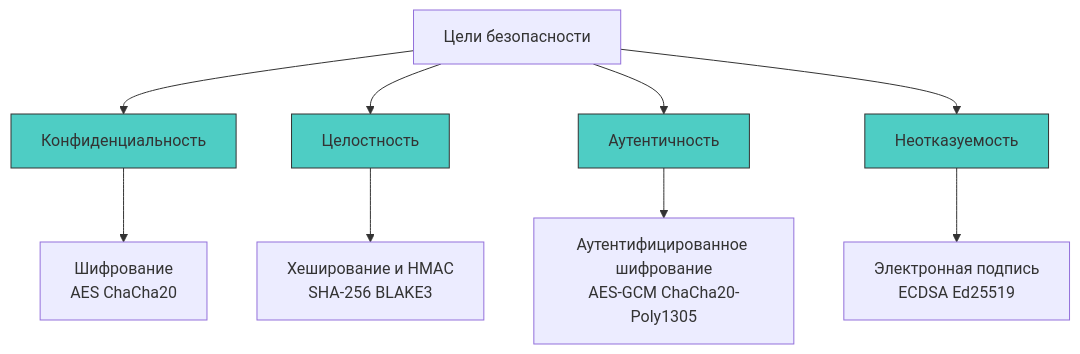
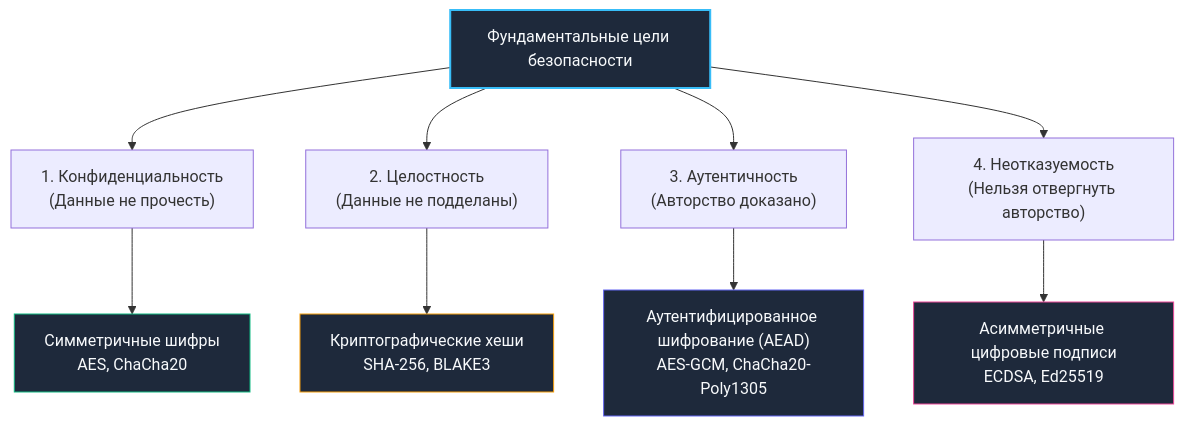
One commit to UnrealTemplier/go-textbook changed the diagram in sources/17. Безопасность (AppSec в Go)/03. Криптография/1. Основы криптографии для backend.md. Above: the diagram before and after it, drawn with Mermaid. The commit also changed other lines of this file, not shown here.

````diff
--- a/sources/17. Безопасность (AppSec в Go)/03. Криптография/1. Основы криптографии для backend.md
+++ b/sources/17. Безопасность (AppSec в Go)/03. Криптография/1. Основы криптографии для backend.md
@@ -7,17 +17,20 @@
 ```mermaid
 flowchart TD
-    A["Цели безопасности"] --> B["Конфиденциальность"]
-    A --> C["Целостность"]
-    A --> D["Аутентичность"]
-    A --> E["Неотказуемость"]
+    Security["Фундаментальные цели безопасности"]
     
-    B --> F["Шифрование<br>AES ChaCha20"]
-    C --> G["Хеширование и HMAC<br>SHA-256 BLAKE3"]
-    D --> H["Аутентифицированное шифрование<br>AES-GCM ChaCha20-Poly1305"]
-    E --> I["Электронная подпись<br>ECDSA Ed25519"]
-    
-    style B fill:#4ecdc4,stroke:#333
-    style C fill:#4ecdc4,stroke:#333
-    style D fill:#4ecdc4,stroke:#333
-    style E fill:#4ecdc4,stroke:#333
+    Security --> C["1. Конфиденциальность<br/>(Данные не прочесть)"]
+    Security --> I["2. Целостность<br/>(Данные не подделаны)"]
+    Security --> A["3. Аутентичность<br/>(Авторство доказано)"]
+    Security --> N["4. Неотказуемость<br/>(Нельзя отвергнуть авторство)"]
+
+    C --> C_impl["Симметричные шифры<br/>AES, ChaCha20"]
+    I --> I_impl["Криптографические хеши<br/>SHA-256, BLAKE3"]
+    A --> A_impl["Аутентифицированное шифрование (AEAD)<br/>AES-GCM, ChaCha20-Poly1305"]
+    N --> N_impl["Асимметричные цифровые подписи<br/>ECDSA, Ed25519"]
+
+    style Security fill:#1e293b,stroke:#38bdf8,stroke-width:2px,color:#f8fafc
+    style C_impl fill:#1e293b,stroke:#10b981,stroke-width:1px,color:#f8fafc
+    style I_impl fill:#1e293b,stroke:#f59e0b,stroke-width:1px,color:#f8fafc
+    style A_impl fill:#1e293b,stroke:#6366f1,stroke-width:1px,color:#f8fafc
+    style N_impl fill:#1e293b,stroke:#ec4899,stroke-width:1px,color:#f8fafc
 ```
````
